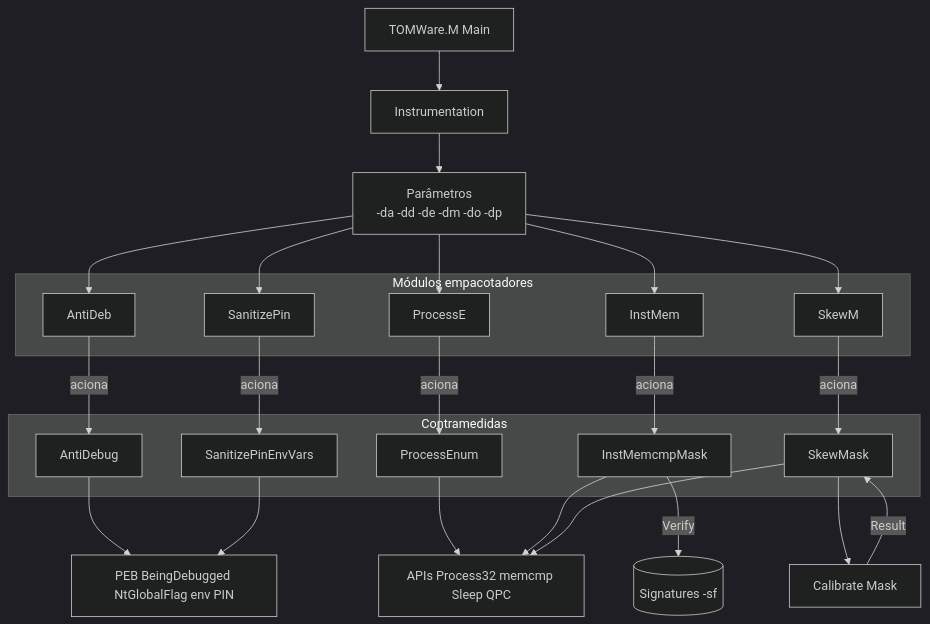
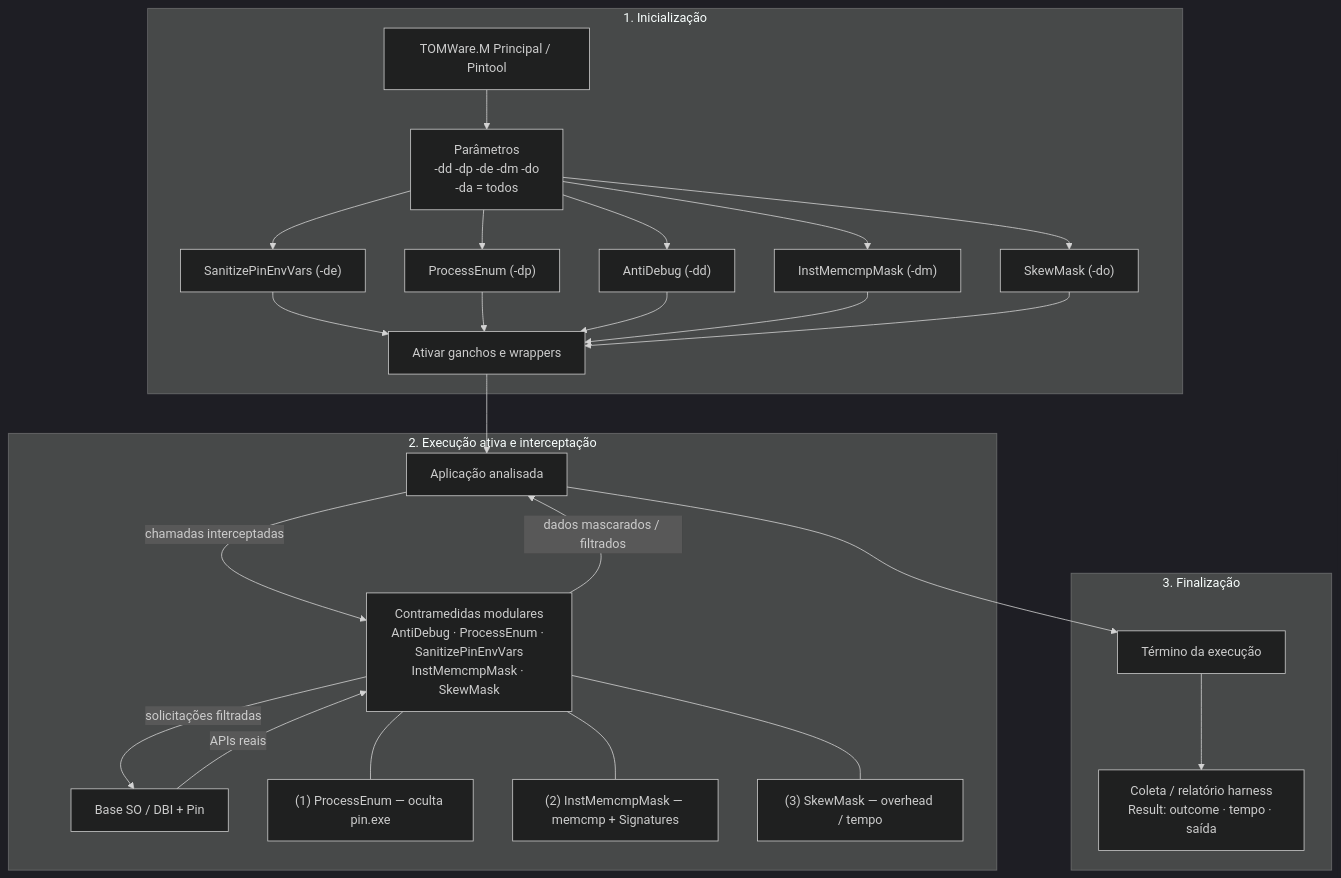
One commit to TOMWare-analises/TOMWare changed the diagram in imgs/tomware-architecture-current.mmd. Above: the diagram before and after it, drawn with Mermaid (dark theme). The commit also changed 100 other files, not shown here.

First line of the commit message:
Document execution flow and add infected sample evidence corpus.

```diff
--- a/imgs/tomware-architecture-current.mmd
+++ b/imgs/tomware-architecture-current.mmd
@@ -1,52 +1,46 @@
-%% TOMWare.M — arquitetura: Módulos (empacotadores via parâmetros) → Contramedidas
-%% Nomes dos módulos ≠ nomes das contramedidas (conforme diagrama)
+%% TOMWare.M — fluxo de execução (Inicialização → Execução ativa → Finalização)
+%% Alinhado a imgs/tomware-fluxo-execucao-23072026.png e Instrumentation.cpp
 %% Render: https://mermaid.live
 
-flowchart TD
-  mainTw["TOMWare.M Main"]
-  core["Instrumentation"]
-  params["Parâmetros<br/>-da -dd -de -dm -do -dp"]
-
-  subgraph mods ["Módulos empacotadores"]
-    mDd["AntiDeb"]
-    mDp["ProcessE"]
-    mDe["SanitizePin"]
-    mDm["InstMem"]
-    mDo["SkewM"]
+flowchart TB
+  subgraph init ["1. Inicialização"]
+    mainTw["TOMWare.M Principal / Pintool"]
+    params["Parâmetros<br/>-dd -dp -de -dm -do<br/>-da = todos"]
+    hooks["Ativar ganchos e wrappers"]
+    mainTw --> params
+    params --> mDe["SanitizePinEnvVars (-de)"]
+    params --> mDp["ProcessEnum (-dp)"]
+    params --> mDd["AntiDebug (-dd)"]
+    params --> mDm["InstMemcmpMask (-dm)"]
+    params --> mDo["SkewMask (-do)"]
+    mDe --> hooks
+    mDp --> hooks
+    mDd --> hooks
+    mDm --> hooks
+    mDo --> hooks
   end
 
-  subgraph cms ["Contramedidas"]
-    cDd["AntiDebug"]
-    cDp["ProcessEnum"]
-    cDe["SanitizePinEnvVars"]
-    cDm["InstMemcmpMask"]
-    cDo["SkewMask"]
+  subgraph active ["2. Execução ativa e interceptação"]
+    app["Aplicação analisada"]
+    cms["Contramedidas modulares<br/>AntiDebug · ProcessEnum · SanitizePinEnvVars<br/>InstMemcmpMask · SkewMask"]
+    base["Base SO / DBI + Pin"]
+    app -->|"chamadas interceptadas"| cms
+    cms -->|"dados mascarados / filtrados"| app
+    cms -->|"solicitações filtradas"| base
+    base -->|"APIs reais"| cms
+    pe["(1) ProcessEnum — oculta pin.exe"]
+    mem["(2) InstMemcmpMask — memcmp + Signatures"]
+    skew["(3) SkewMask — overhead / tempo"]
+    cms --- pe
+    cms --- mem
+    cms --- skew
   end
 
-  peb["PEB BeingDebugged NtGlobalFlag env PIN"]
-  apis["APIs Process32 memcmp Sleep QPC"]
-  sigs[("Signatures -sf")]
-  cal["Calibrate Mask"]
+  subgraph fini ["3. Finalização"]
+    endRun["Término da execução"]
+    collect["Coleta / relatório harness<br/>Result: outcome · tempo · saída"]
+    endRun --> collect
+  end
 
-  mainTw --> core
-  core --> params
-  params --> mDd
-  params --> mDp
-  params --> mDe
-  params --> mDm
-  params --> mDo
-
-  mDd -->|"aciona"| cDd
-  mDp -->|"aciona"| cDp
-  mDe -->|"aciona"| cDe
-  mDm -->|"aciona"| cDm
-  mDo -->|"aciona"| cDo
-
-  cDd --> peb
-  cDe --> peb
-  cDp --> apis
-  cDm --> apis
-  cDo --> apis
-  cDm -->|"Verify"| sigs
-  cDo --> cal
-  cal -->|"Result"| cDo
+  hooks --> app
+  app --> endRun
```
